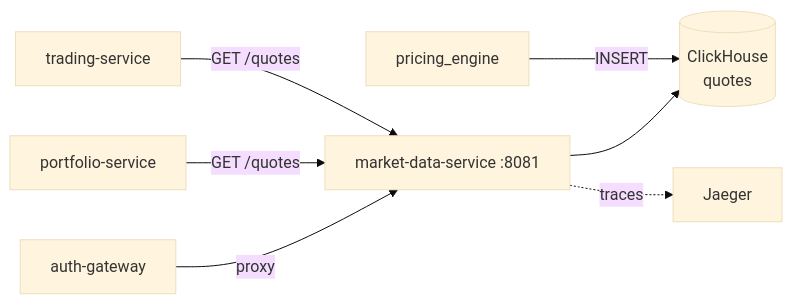
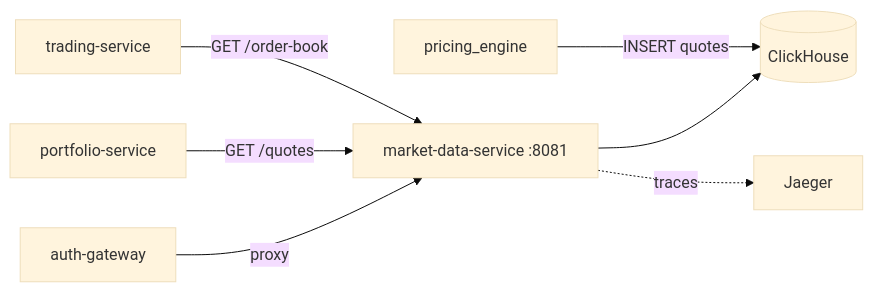
One commit to awesoma31/TrumpInvestitions changed the diagram in docs/obsidian/01 - Сервисы/market-data-service.md. Above: the diagram before and after it, drawn with Mermaid (base theme). The commit also changed other lines of this file and 6 other files, not shown here.

````diff
--- a/docs/obsidian/01 - Сервисы/market-data-service.md
+++ b/docs/obsidian/01 - Сервисы/market-data-service.md
@@ -39,9 +42,9 @@
 ```mermaid
 graph LR
     AG["auth-gateway"] -->|proxy| MDS["market-data-service :8081"]
     PS["portfolio-service"] -->|GET /quotes| MDS
-    TS["trading-service"] -->|GET /quotes| MDS
-    MDS --> CH[("ClickHouse\nquotes")]
-    PE["pricing_engine"] -->|INSERT| CH
+    TS["trading-service"] -->|GET /order-book| MDS
+    MDS --> CH[("ClickHouse")]
+    PE["pricing_engine"] -->|INSERT quotes| CH
     MDS -.->|traces| J["Jaeger"]
 ```
````
